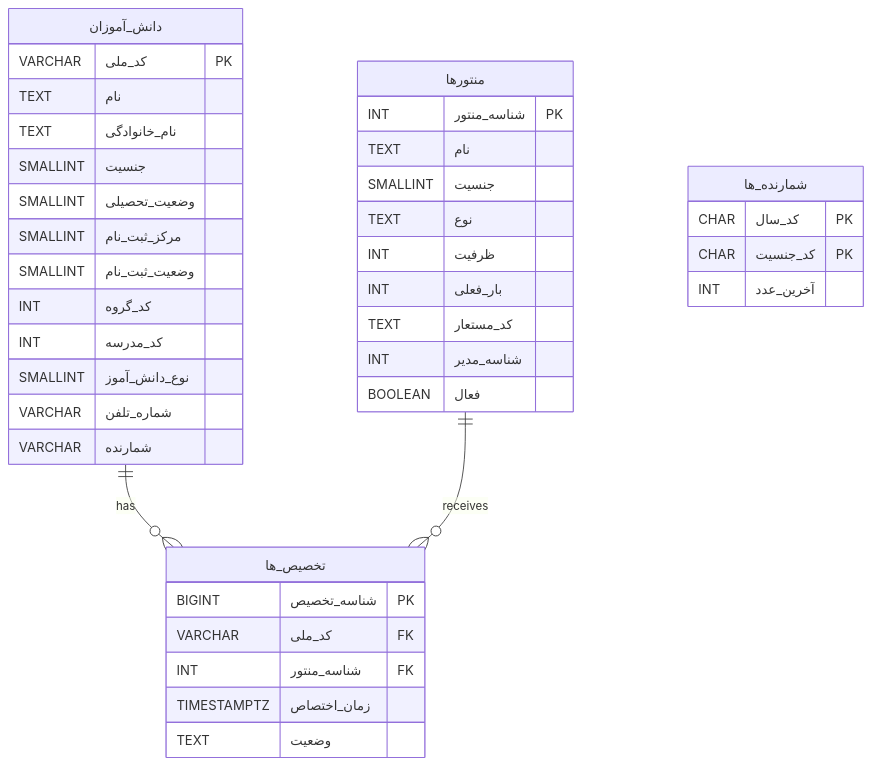
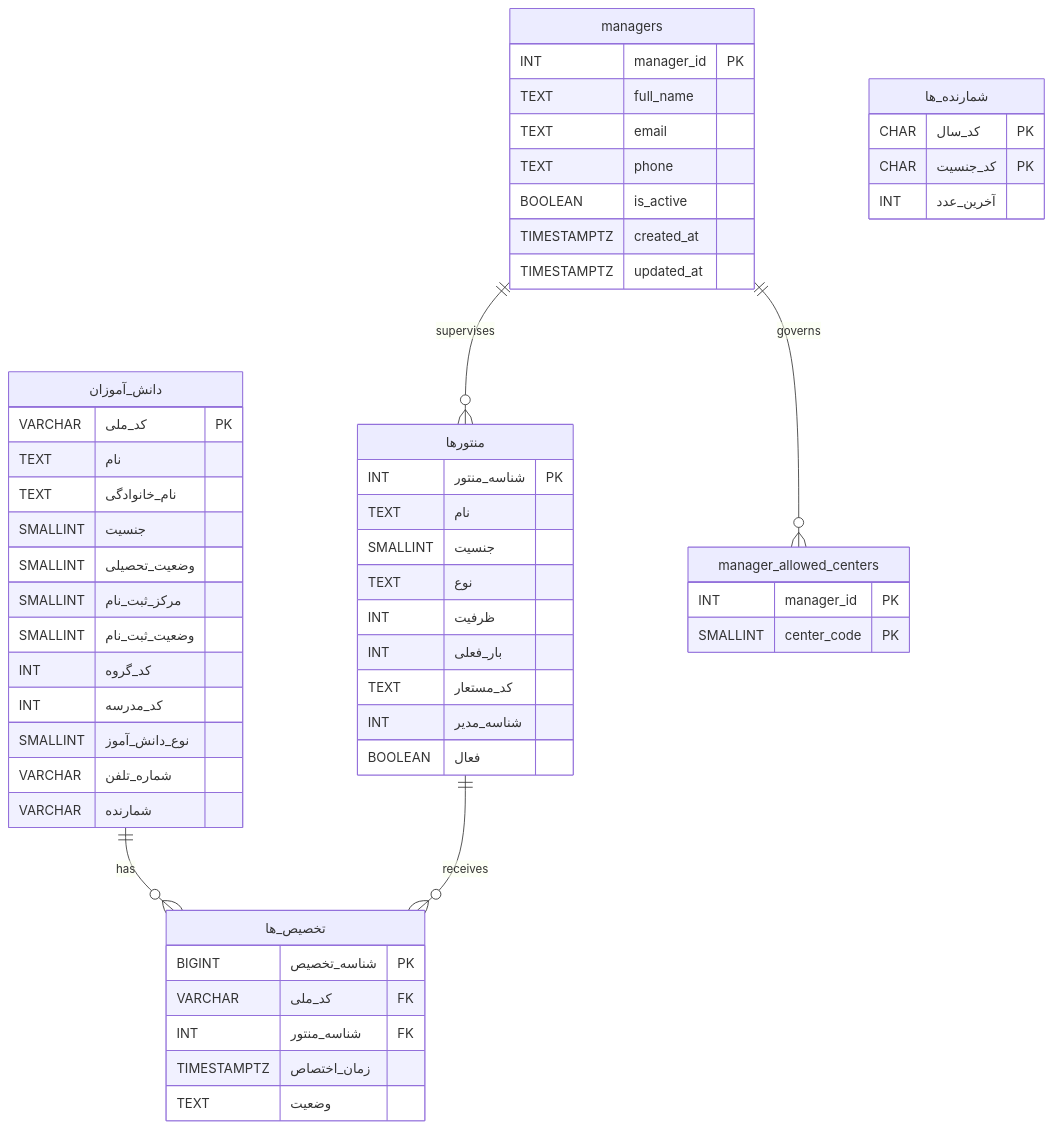
Before and after one commit to rezahh107/student-mentor-allocation-system: the fourth of 5 diagrams in docs/architecture.md, drawn with Mermaid. The commit also changed other lines of this file and 8 other files, not shown here.

````diff
--- a/docs/architecture.md
+++ b/docs/architecture.md
@@ -83,43 +83,58 @@
 ```mermaid
 erDiagram
   "دانش_آموزان" {
     VARCHAR کد_ملی PK
     TEXT نام
     TEXT نام_خانوادگی
     SMALLINT جنسیت
     SMALLINT وضعیت_تحصیلی
     SMALLINT مرکز_ثبت_نام
     SMALLINT وضعیت_ثبت_نام
     INT کد_گروه
     INT کد_مدرسه
     SMALLINT نوع_دانش_آموز
     VARCHAR شماره_تلفن
     VARCHAR شمارنده
   }
   "منتورها" {
     INT شناسه_منتور PK
     TEXT نام
     SMALLINT جنسیت
     TEXT نوع
     INT ظرفیت
     INT بار_فعلی
     TEXT کد_مستعار
     INT شناسه_مدیر
     BOOLEAN فعال
   }
+  managers {
+    INT manager_id PK
+    TEXT full_name
+    TEXT email
+    TEXT phone
+    BOOLEAN is_active
+    TIMESTAMPTZ created_at
+    TIMESTAMPTZ updated_at
+  }
+  manager_allowed_centers {
+    INT manager_id PK
+    SMALLINT center_code PK
+  }
   "تخصیص_ها" {
     BIGINT شناسه_تخصیص PK
     VARCHAR کد_ملی FK
     INT شناسه_منتور FK
     TIMESTAMPTZ زمان_اختصاص
     TEXT وضعیت
   }
   "شمارنده_ها" {
     CHAR کد_سال PK
     CHAR کد_جنسیت PK
     INT آخرین_عدد
   }
 
   "دانش_آموزان" ||--o{ "تخصیص_ها" : has
   "منتورها" ||--o{ "تخصیص_ها" : receives
+  managers ||--o{ "منتورها" : supervises
+  managers ||--o{ manager_allowed_centers : governs
 ```
````
